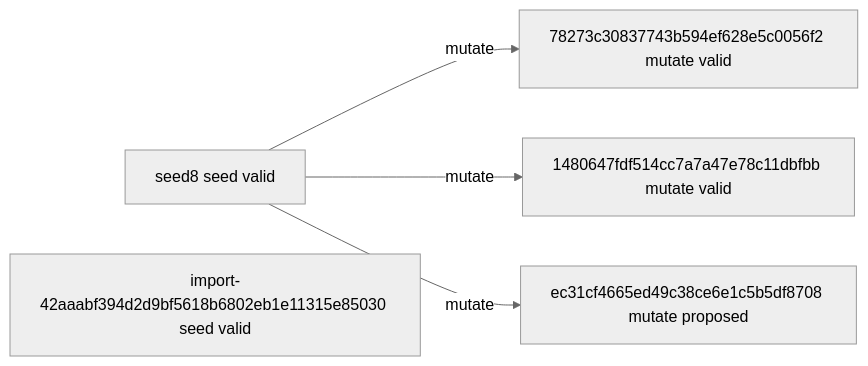
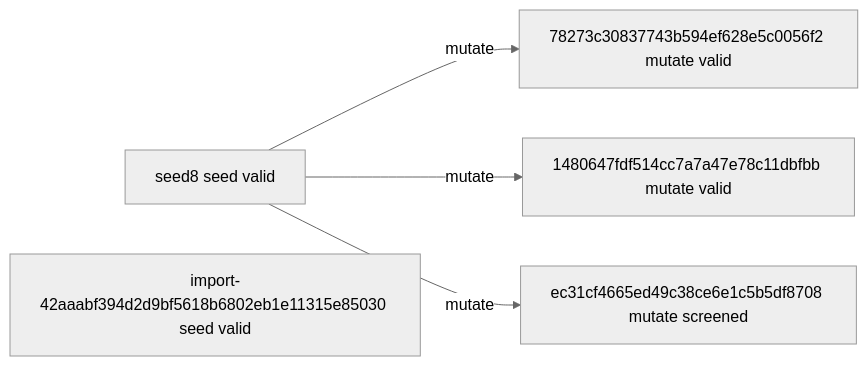
One commit to timbtz/feyer-search-lab changed the diagram in experiments/campaigns/discrete-local-v1/README.md. Above: the diagram before and after it, drawn with Mermaid (neutral theme). The commit also changed other lines of this file and 7 other files, not shown here.

````diff
--- a/experiments/campaigns/discrete-local-v1/README.md
+++ b/experiments/campaigns/discrete-local-v1/README.md
@@ -21,11 +21,11 @@
 ```mermaid
 graph LR
   n0["seed8 seed valid"]
   n1["import-42aaabf394d2d9bf5618b6802eb1e11315e85030 seed valid"]
   n2["78273c30837743b594ef628e5c0056f2 mutate valid"]
   n3["1480647fdf514cc7a7a47e78c11dbfbb mutate valid"]
-  n4["ec31cf4665ed49c38ce6e1c5b5df8708 mutate proposed"]
+  n4["ec31cf4665ed49c38ce6e1c5b5df8708 mutate screened"]
   n0 -->|mutate| n2
   n0 -->|mutate| n3
   n0 -->|mutate| n4
 ```
````
